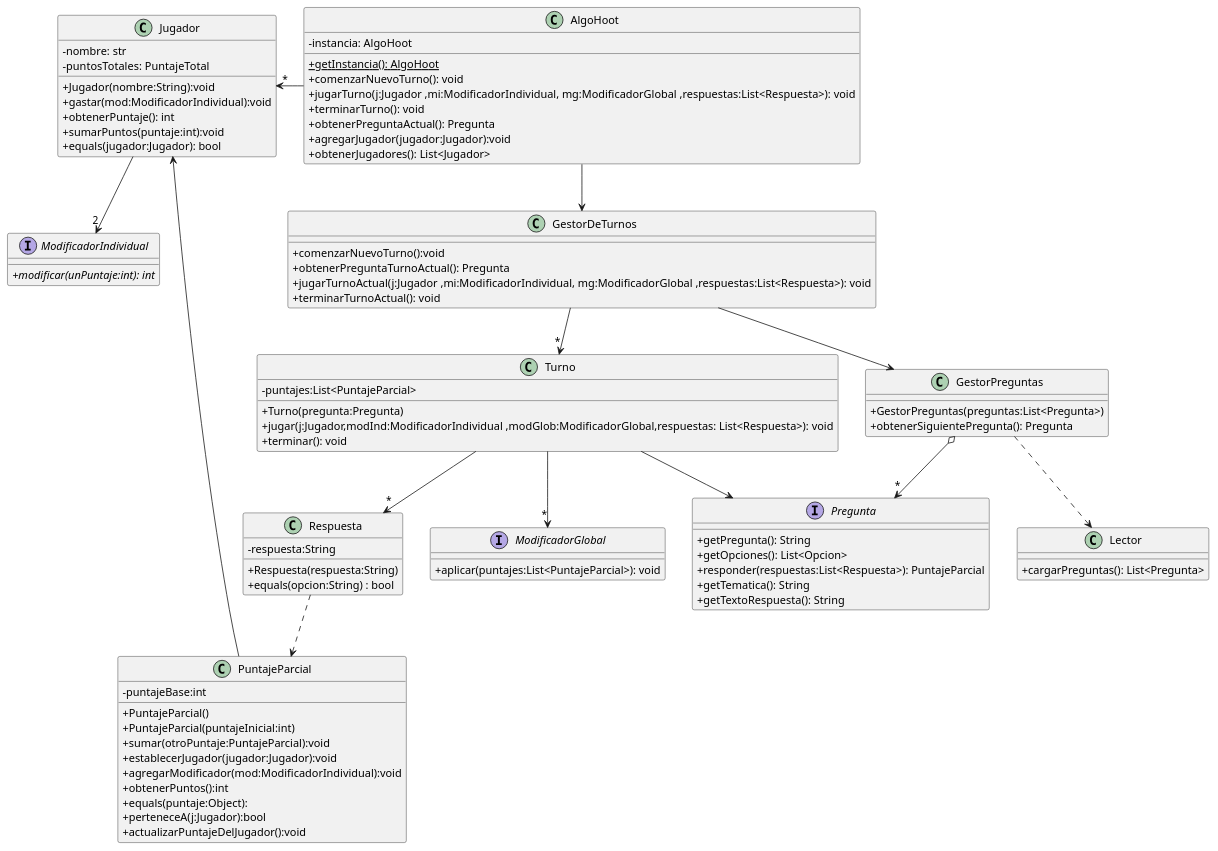
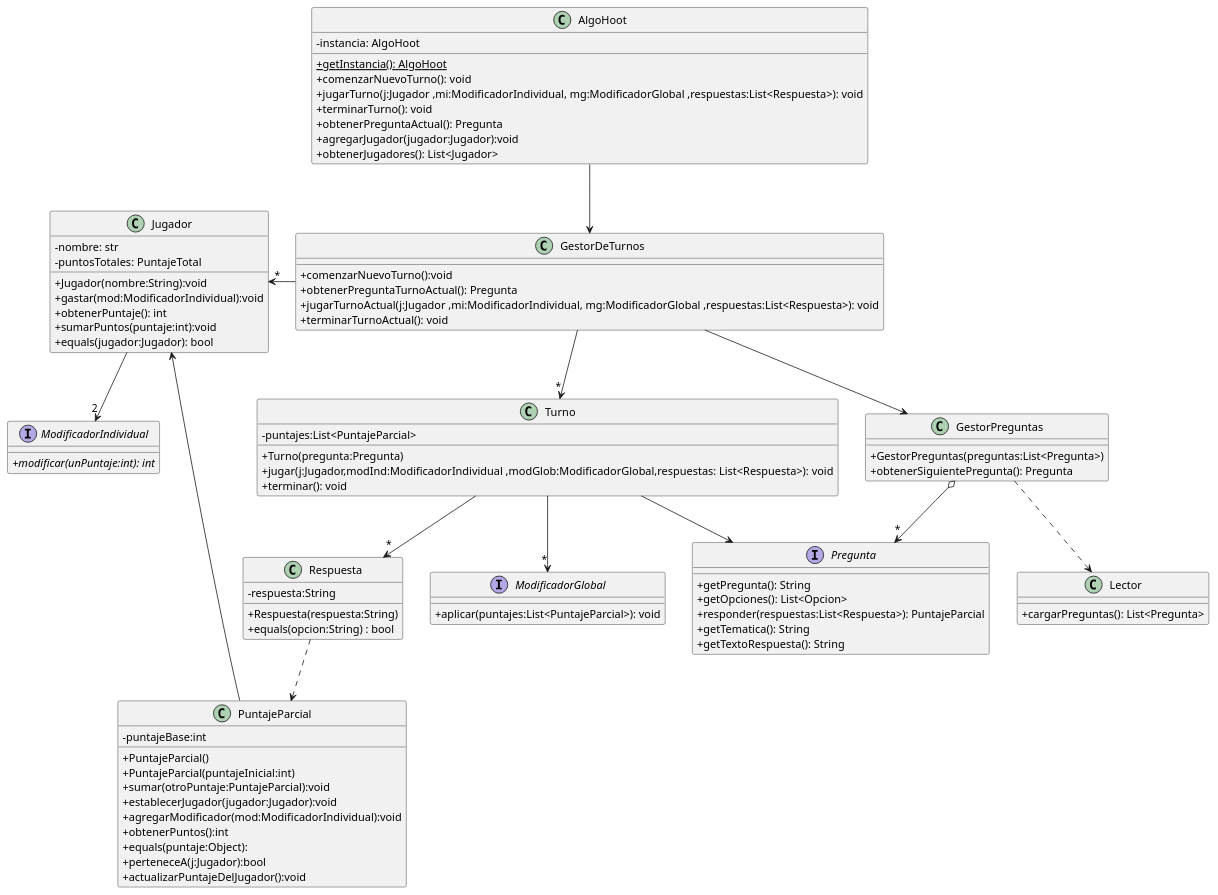
One commit to fiuba/algo3_proyecto_base_tp2 changed the diagram in diagrams/classes/entrega0/clases2.plantuml. Above: the diagram before and after it, drawn with PlantUML. The commit also changed 1 other file, not shown here.

Commit message:
Modificando diagrama de clases general

```diff
--- a/diagrams/classes/entrega0/clases2.plantuml
+++ b/diagrams/classes/entrega0/clases2.plantuml
@@ -1,102 +1,102 @@
 @startuml clasesGenerales
 
 skinparam monochrome false
 /'skinparam monochrome true'/
 /'hide circle '/
 skinparam classAttributeIconSize 0
 
 interface Pregunta {
     + getPregunta(): String
     + getOpciones(): List<Opcion>
     + responder(respuestas:List<Respuesta>): PuntajeParcial
     + getTematica(): String
     + getTextoRespuesta(): String
 }
 
 class GestorDeTurnos {
     +comenzarNuevoTurno():void
     +obtenerPreguntaTurnoActual(): Pregunta
     +jugarTurnoActual(j:Jugador ,mi:ModificadorIndividual, mg:ModificadorGlobal ,respuestas:List<Respuesta>): void
     +terminarTurnoActual(): void
 }
 
 class Turno {
     - puntajes:List<PuntajeParcial>
     + Turno(pregunta:Pregunta)
     + jugar(j:Jugador,modInd:ModificadorIndividual ,modGlob:ModificadorGlobal,respuestas: List<Respuesta>): void
     + terminar(): void
 }
 
 class GestorPreguntas {
     +GestorPreguntas(preguntas:List<Pregunta>)
     +obtenerSiguientePregunta(): Pregunta
 }
 
 class Jugador {
     - nombre: str
     - puntosTotales: PuntajeTotal
     + Jugador(nombre:String):void
     + gastar(mod:ModificadorIndividual):void
     + obtenerPuntaje(): int
     + sumarPuntos(puntaje:int):void
     + equals(jugador:Jugador): bool
 }
 
 class Respuesta {
     - respuesta:String
     + Respuesta(respuesta:String)
     + equals(opcion:String) : bool
 }
 
 class AlgoHoot {
     - instancia: AlgoHoot
     + {static}getInstancia(): AlgoHoot
     + comenzarNuevoTurno(): void
     + jugarTurno(j:Jugador ,mi:ModificadorIndividual, mg:ModificadorGlobal ,respuestas:List<Respuesta>): void
     + terminarTurno(): void
     + obtenerPreguntaActual(): Pregunta
     + agregarJugador(jugador:Jugador):void
     + obtenerJugadores(): List<Jugador>
 }
 
 class Lector{
     +cargarPreguntas(): List<Pregunta>
 }
 
 interface ModificadorIndividual{
     + {abstract} modificar(unPuntaje:int): int
 }
 
 interface ModificadorGlobal{
     +aplicar(puntajes:List<PuntajeParcial>): void
 }
 
 class PuntajeParcial{
     -puntajeBase:int
     +PuntajeParcial()
     +PuntajeParcial(puntajeInicial:int)
     +sumar(otroPuntaje:PuntajeParcial):void
     +establecerJugador(jugador:Jugador):void
     +agregarModificador(mod:ModificadorIndividual):void
     +obtenerPuntos():int
     +equals(puntaje:Object):
     +perteneceA(j:Jugador):bool
     +actualizarPuntajeDelJugador():void
 }
 
 
 GestorDeTurnos -down-> GestorPreguntas
 GestorDeTurnos -down-> "*" Turno
 GestorPreguntas o-->"*" Pregunta
 GestorPreguntas ..> Lector
 Turno --> Pregunta
 Turno --> "*" Respuesta
 AlgoHoot --> GestorDeTurnos
-AlgoHoot -left->"*" Jugador
+GestorDeTurnos -left->"*" Jugador
 PuntajeParcial --> Jugador
 Respuesta ..> PuntajeParcial
 
 Jugador --> "2" ModificadorIndividual
 Turno -->"*" ModificadorGlobal
 
 @enduml
```
